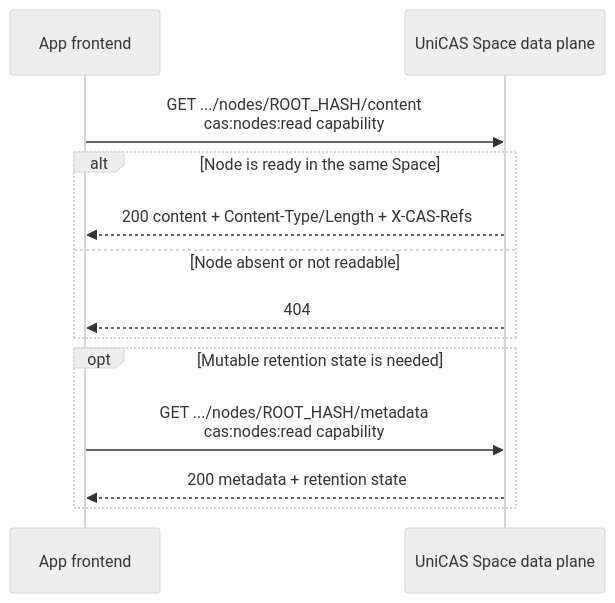
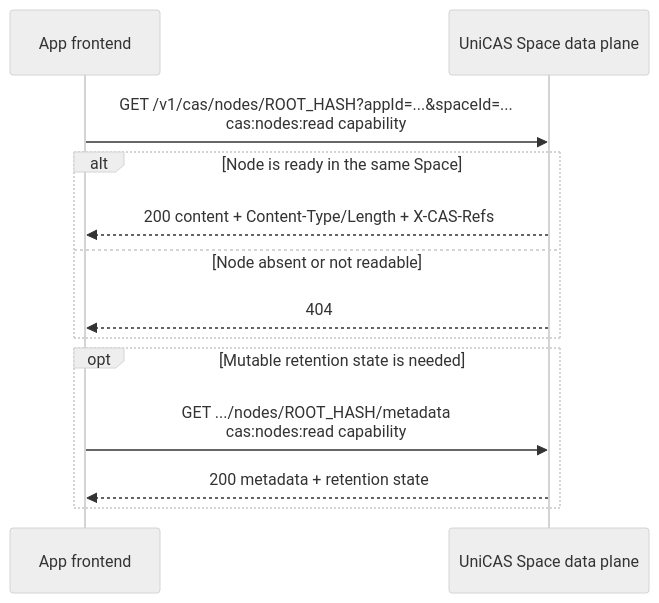
The second of 5 diagrams in packages/docs-site/content/app-user-api/scenarios.md (shazhou-ww/unicas), drawn with Mermaid (neutral theme) before and after one commit. The commit also changed 68 other files, not shown here.

First line of the commit message:
feat: support multi-space capability grants

````diff
--- a/packages/docs-site/content/app-user-api/scenarios.md
+++ b/packages/docs-site/content/app-user-api/scenarios.md
@@ -45,16 +45,16 @@
 ```mermaid
 sequenceDiagram
     participant UI as App frontend
     participant CAS as UniCAS Space data plane
 
-    UI->>CAS: GET .../nodes/ROOT_HASH/content<br/>cas:nodes:read capability
+    UI->>CAS: GET /v1/cas/nodes/ROOT_HASH?appId=...&spaceId=...<br/>cas:nodes:read capability
     alt Node is ready in the same Space
         CAS-->>UI: 200 content + Content-Type/Length + X-CAS-Refs
     else Node absent or not readable
         CAS-->>UI: 404
     end
     opt Mutable retention state is needed
         UI->>CAS: GET .../nodes/ROOT_HASH/metadata<br/>cas:nodes:read capability
         CAS-->>UI: 200 metadata + retention state
     end
 ```
````
